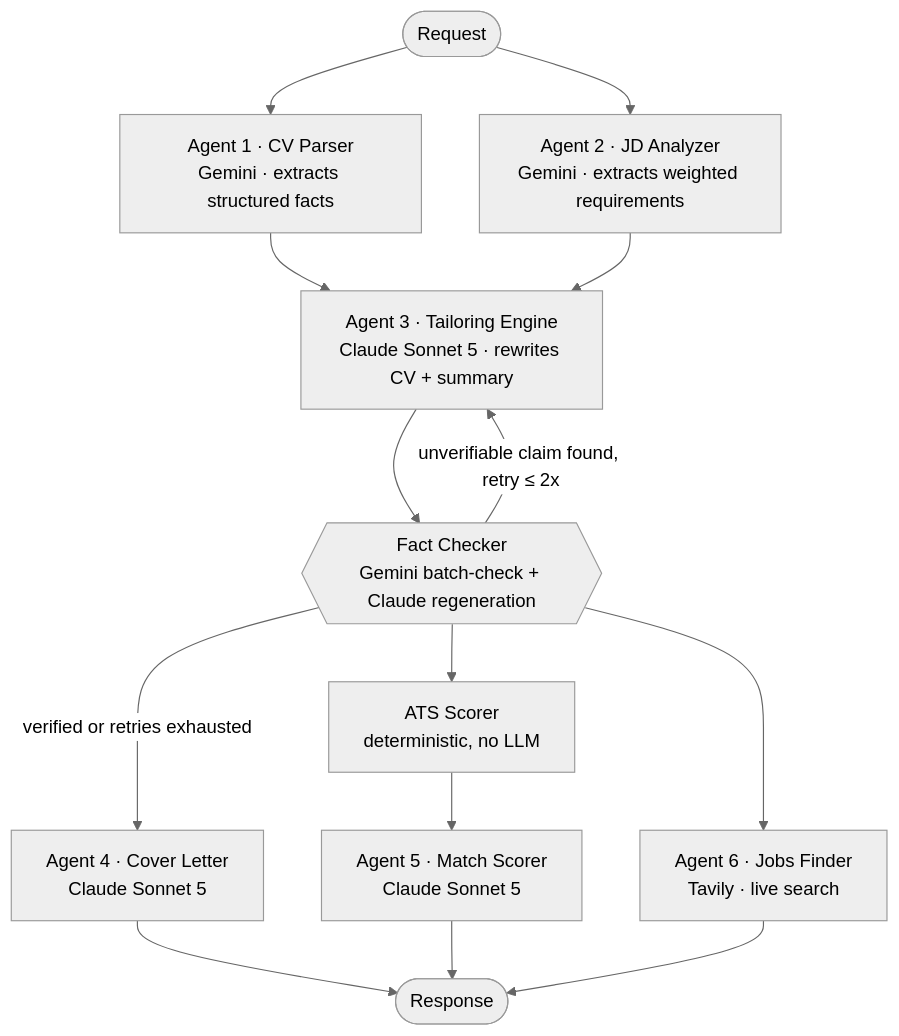
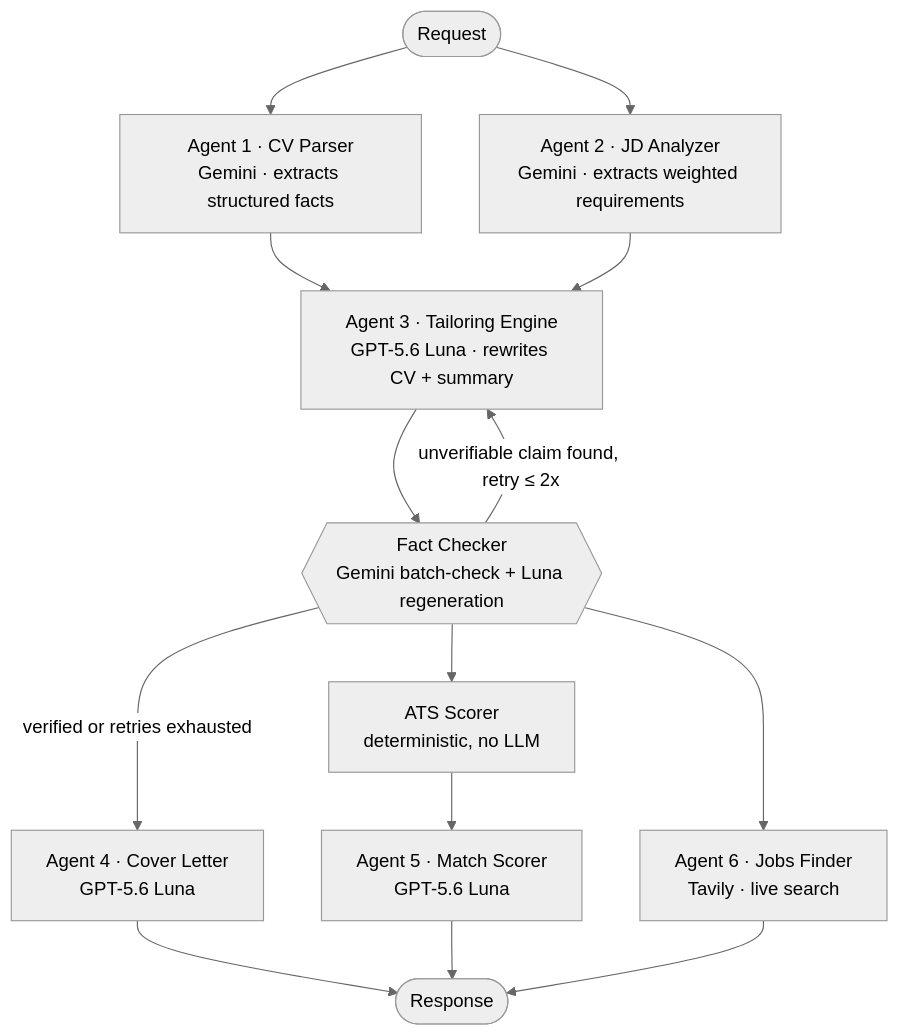
The diagram in README.md (Ryzx-56/Job_Application_Agent), drawn with Mermaid (neutral theme) before and after one commit. The commit also changed other lines of this file and 75 other files, not shown here.

````diff
--- a/README.md
+++ b/README.md
@@ -78,16 +78,16 @@
 ```mermaid
 flowchart TD
     START([Request]) --> A1["Agent 1 · CV Parser<br/>Gemini · extracts structured facts"]
     START --> A2["Agent 2 · JD Analyzer<br/>Gemini · extracts weighted requirements"]
     A1 --> A3
-    A2 --> A3["Agent 3 · Tailoring Engine<br/>Claude Sonnet 5 · rewrites CV + summary"]
-    A3 --> FC{{"Fact Checker<br/>Gemini batch-check + Claude regeneration"}}
+    A2 --> A3["Agent 3 · Tailoring Engine<br/>GPT-5.6 Luna · rewrites CV + summary"]
+    A3 --> FC{{"Fact Checker<br/>Gemini batch-check + Luna regeneration"}}
     FC -- "unverifiable claim found, retry ≤ 2x" --> A3
-    FC -- "verified or retries exhausted" --> A4["Agent 4 · Cover Letter<br/>Claude Sonnet 5"]
+    FC -- "verified or retries exhausted" --> A4["Agent 4 · Cover Letter<br/>GPT-5.6 Luna"]
     FC --> ATS["ATS Scorer<br/>deterministic, no LLM"]
     FC --> A6["Agent 6 · Jobs Finder<br/>Tavily · live search"]
-    ATS --> A5["Agent 5 · Match Scorer<br/>Claude Sonnet 5"]
+    ATS --> A5["Agent 5 · Match Scorer<br/>GPT-5.6 Luna"]
     A4 --> DONE([Response])
     A5 --> DONE
     A6 --> DONE
 ```
````
